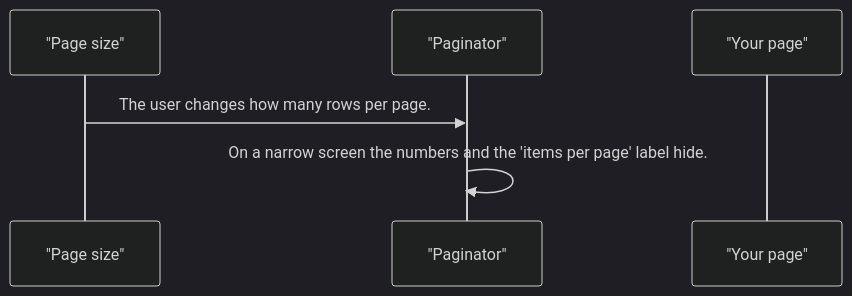
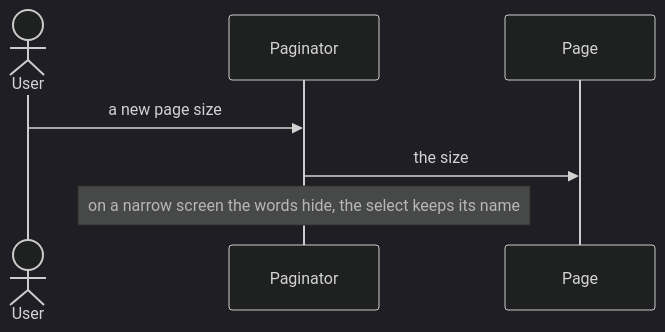
The third of 3 diagrams in projects/pixel-ui/src/lib/pixel-paginator/DESIGN.md (RajshekharBorate/pixel-ui), drawn with Mermaid (dark theme) before and after one commit. The commit also changed other lines of this file and 73 other files, not shown here.

Commit message:
Explain who owns each value and what each flow does in every component and service design.

````diff
--- a/projects/pixel-ui/src/lib/pixel-paginator/DESIGN.md
+++ b/projects/pixel-ui/src/lib/pixel-paginator/DESIGN.md
@@ -60,8 +75,9 @@
 ```mermaid
 sequenceDiagram
-  participant size as "Page size"
-  participant pager as "Paginator"
-  participant page as "Your page"
-  size->>pager: The user changes how many rows per page.
-  pager->>pager: On a narrow screen the numbers and the 'items per page' label hide.
+  actor User
+  participant Pager as Paginator
+  participant Page
+  User->>Pager: a new page size
+  Pager->>Page: the size
+  Note over Pager: on a narrow screen the words hide, the select keeps its name
 ```
````
